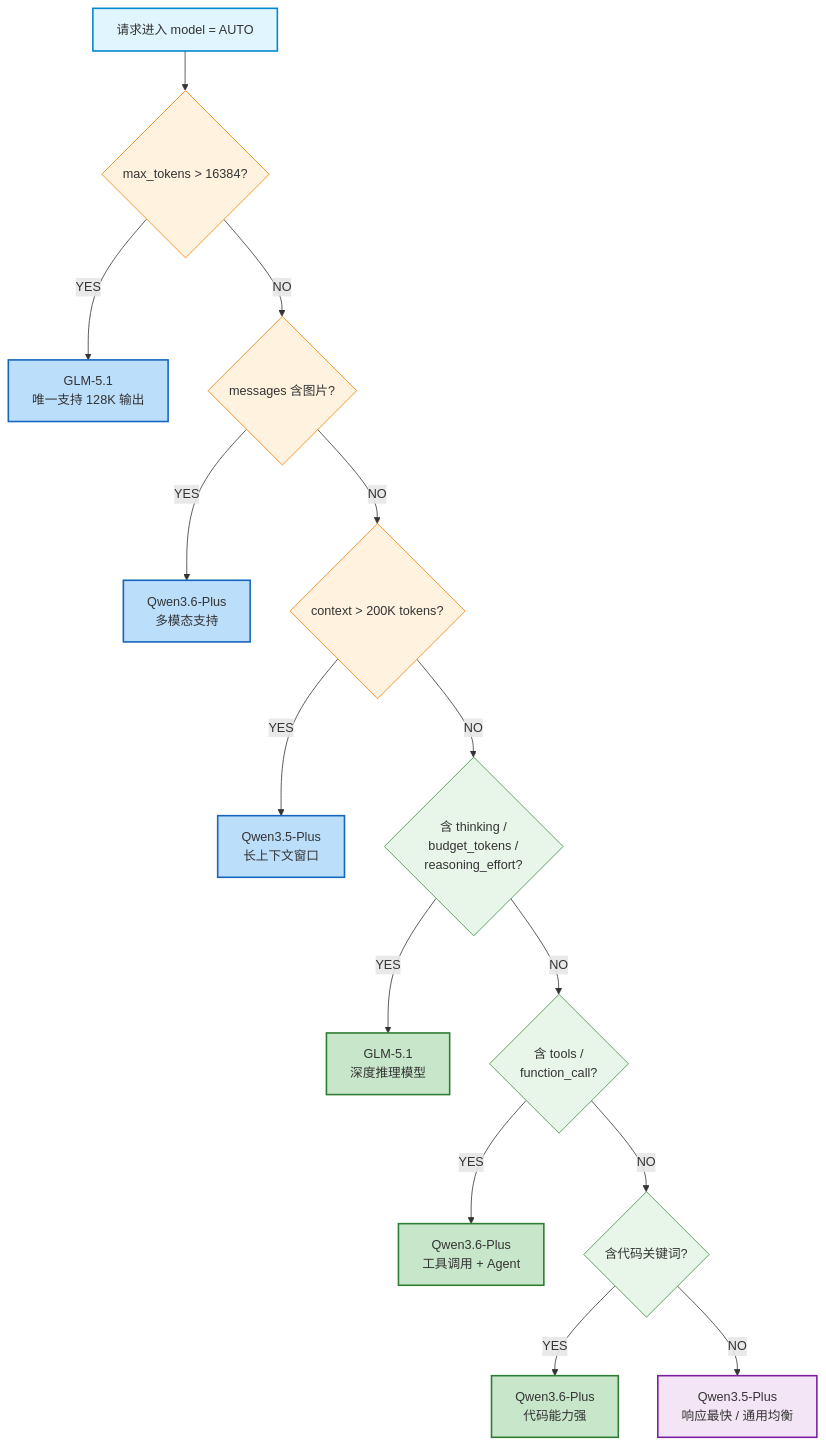
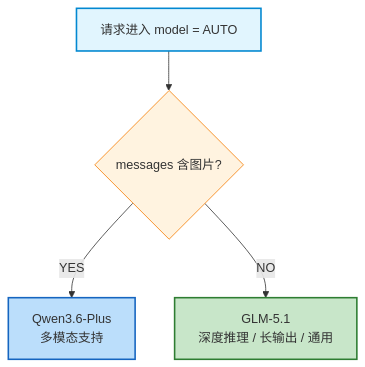
One commit to awenzoo/new-api changed the first of 2 diagrams in docs-ssc/AUTO模型智能路由设计文档.md. Above: the diagram before and after it, drawn with Mermaid. The commit also changed other lines of this file and 2 other files, not shown here.

First line of the commit message:
refactor(auto-router): 简化AUTO路由规则，只选择GML-5.1和qwen3.6-plus

````diff
--- a/docs-ssc/AUTO模型智能路由设计文档.md
+++ b/docs-ssc/AUTO模型智能路由设计文档.md
@@ -70,37 +50,12 @@
 ```mermaid
 flowchart TD
-    A[请求进入 model = AUTO] --> B{max_tokens > 16384?}
+    A[请求进入 model = AUTO] --> B{messages 含图片?}
 
-    B -- YES --> C1[GLM-5.1<br/>唯一支持 128K 输出]
-    B -- NO --> D{messages 含图片?}
-
-    D -- YES --> C2[Qwen3.6-Plus<br/>多模态支持]
-    D -- NO --> E{context > 200K tokens?}
-
-    E -- YES --> C3[Qwen3.5-Plus<br/>长上下文窗口]
-    E -- NO --> F{含 thinking /<br/>budget_tokens /<br/>reasoning_effort?}
-
-    F -- YES --> C4[GLM-5.1<br/>深度推理模型]
-    F -- NO --> G{含 tools /<br/>function_call?}
-
-    G -- YES --> C5[Qwen3.6-Plus<br/>工具调用 + Agent]
-    G -- NO --> H{含代码关键词?}
-
-    H -- YES --> C6[Qwen3.6-Plus<br/>代码能力强]
-    H -- NO --> C7[Qwen3.5-Plus<br/>响应最快 / 通用均衡]
+    B -- YES --> C1[Qwen3.6-Plus<br/>多模态支持]
+    B -- NO --> C2[GLM-5.1<br/>深度推理 / 长输出 / 通用]
 
     style A fill:#e1f5fe,stroke:#0288d1,stroke-width:2px
     style B fill:#fff3e0,stroke:#f57c00
-    style D fill:#fff3e0,stroke:#f57c00
-    style E fill:#fff3e0,stroke:#f57c00
-    style F fill:#e8f5e9,stroke:#388e3c
-    style G fill:#e8f5e9,stroke:#388e3c
-    style H fill:#e8f5e9,stroke:#388e3c
     style C1 fill:#bbdefb,stroke:#1565c0,stroke-width:2px
-    style C2 fill:#bbdefb,stroke:#1565c0,stroke-width:2px
-    style C3 fill:#bbdefb,stroke:#1565c0,stroke-width:2px
-    style C4 fill:#c8e6c9,stroke:#2e7d32,stroke-width:2px
-    style C5 fill:#c8e6c9,stroke:#2e7d32,stroke-width:2px
-    style C6 fill:#c8e6c9,stroke:#2e7d32,stroke-width:2px
-    style C7 fill:#f3e5f5,stroke:#7b1fa2,stroke-width:2px
+    style C2 fill:#c8e6c9,stroke:#2e7d32,stroke-width:2px
 ```
````
